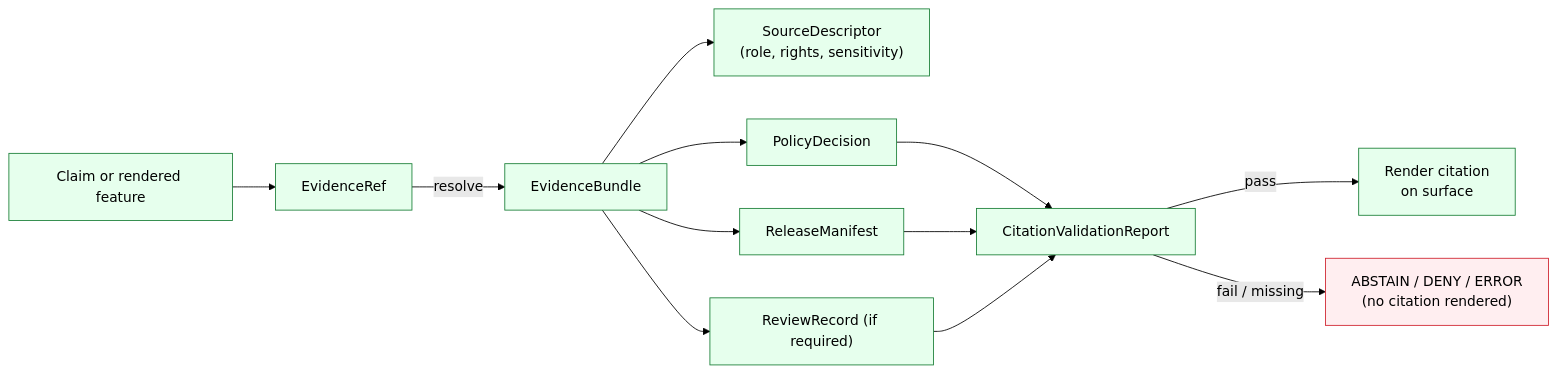
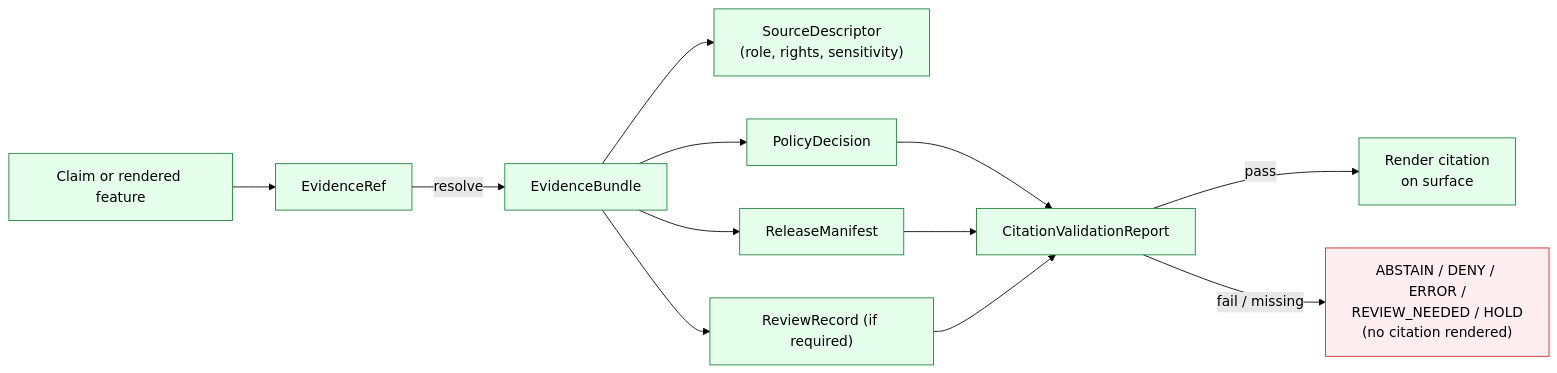
Before and after one commit to bartytime4life/Kansas-Frontier-Matrix: the first of 4 diagrams in docs/sources/CITATION_GUIDANCE.md, drawn with Mermaid (forest theme). The commit also changed other lines of this file, not shown here.

````diff
--- a/docs/sources/CITATION_GUIDANCE.md
+++ b/docs/sources/CITATION_GUIDANCE.md
@@ -175,19 +196,19 @@
 ```mermaid
 flowchart LR
   Claim["Claim or rendered feature"] --> Ref["EvidenceRef"]
   Ref -->|resolve| Bundle["EvidenceBundle"]
   Bundle --> Source["SourceDescriptor<br/>(role, rights, sensitivity)"]
   Bundle --> Policy["PolicyDecision"]
   Bundle --> Release["ReleaseManifest"]
   Bundle --> Review["ReviewRecord (if required)"]
   Policy --> CVR["CitationValidationReport"]
   Release --> CVR
   Review --> CVR
   CVR -->|pass| Render["Render citation<br/>on surface"]
-  CVR -->|fail / missing| Abstain["ABSTAIN / DENY / ERROR<br/>(no citation rendered)"]
+  CVR -->|fail / missing| Abstain["ABSTAIN / DENY / ERROR /<br/>REVIEW_NEEDED / HOLD<br/>(no citation rendered)"]
 
   classDef confirmed fill:#e6ffed,stroke:#1a7f37;
   classDef fail fill:#ffeef0,stroke:#cf222e;
   class Claim,Ref,Bundle,Source,Policy,Release,Review,CVR,Render confirmed;
   class Abstain fail;
 ```
````
